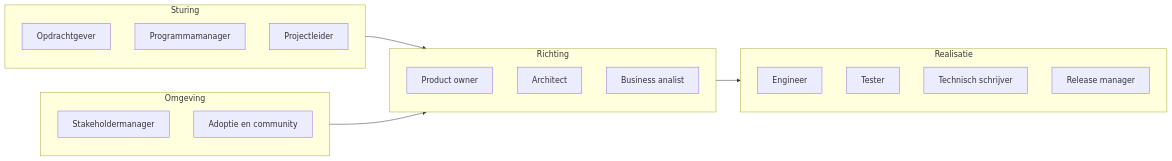
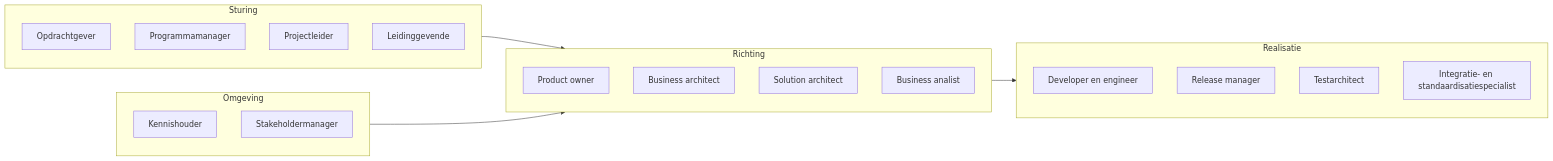
One commit to Npuls-OKx/meta changed the first of 2 diagrams in presentaties/src/260903_rollen.md. Above: the diagram before and after it, drawn with Mermaid. The commit also changed other lines of this file, not shown here.

````diff
--- a/presentaties/src/260903_rollen.md
+++ b/presentaties/src/260903_rollen.md
@@ -42,26 +42,28 @@
 ```mermaid
 flowchart LR
   subgraph sturing["Sturing"]
     OG["Opdrachtgever"]
     PM["Programmamanager"]
     PL["Projectleider"]
+    LG["Leidinggevende"]
   end
   subgraph richting["Richting"]
     PO["Product owner"]
-    AR["Architect"]
+    BAR["Business architect"]
+    SA["Solution architect"]
     BA["Business analist"]
   end
   subgraph realisatie["Realisatie"]
-    EN["Engineer"]
-    QA["Tester"]
-    TS["Technisch schrijver"]
+    EN["Developer en engineer"]
     RM["Release manager"]
+    TA["Testarchitect"]
+    IS["Integratie- en standaardisatiespecialist"]
   end
   subgraph omgeving["Omgeving"]
+    KH["Kennishouder"]
     SM["Stakeholdermanager"]
-    AD["Adoptie en community"]
   end
   sturing --> richting
   richting --> realisatie
   omgeving --> richting
 ```
````
